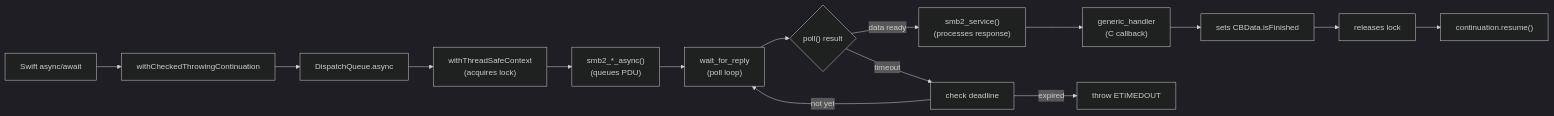
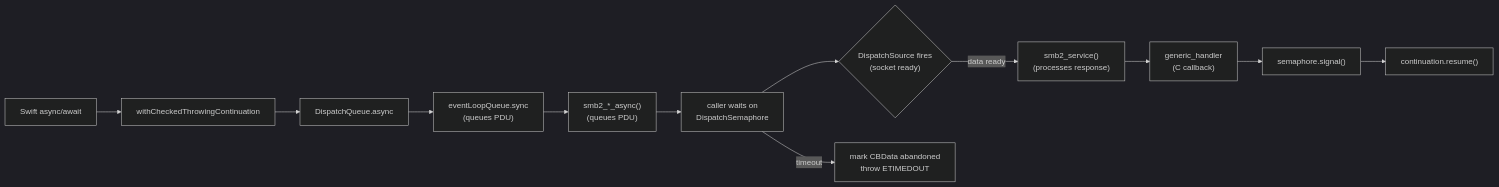
Before and after one commit to simplekube-ro/AMSMB2: the third of 6 diagrams in docs/ARCHITECTURE.md, drawn with Mermaid (dark theme). The commit also changed other lines of this file and 2 other files, not shown here.

First line of the commit message:
docs: update architecture, API reference, and README for event loop model

````diff
--- a/docs/ARCHITECTURE.md
+++ b/docs/ARCHITECTURE.md
@@ -83,17 +83,14 @@
 ```mermaid
 flowchart LR
     A["Swift async/await"] --> B["withCheckedThrowingContinuation"]
     B --> C["DispatchQueue.async"]
-    C --> D["withThreadSafeContext<br/>(acquires lock)"]
+    C --> D["eventLoopQueue.sync<br/>(queues PDU)"]
     D --> E["smb2_*_async()<br/>(queues PDU)"]
-    E --> F["wait_for_reply<br/>(poll loop)"]
-    F --> G{"poll() result"}
+    E --> F["caller waits on<br/>DispatchSemaphore"]
+    F --> G{"DispatchSource fires<br/>(socket ready)"}
     G -->|"data ready"| H["smb2_service()<br/>(processes response)"]
-    G -->|"timeout"| I["check deadline"]
-    I -->|"expired"| J["throw ETIMEDOUT"]
-    I -->|"not yet"| F
-    H --> K["generic_handler<br/>(C callback)"]
-    K --> L["sets CBData.isFinished"]
-    L --> M["releases lock"]
-    M --> N["continuation.resume()"]
+    H --> I["generic_handler<br/>(C callback)"]
+    I --> J["semaphore.signal()"]
+    J --> K["continuation.resume()"]
+    F -->|"timeout"| L["mark CBData abandoned<br/>throw ETIMEDOUT"]
 ```
````
